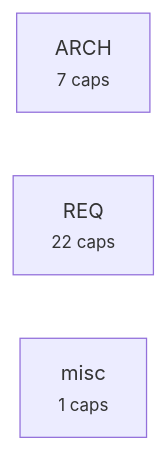
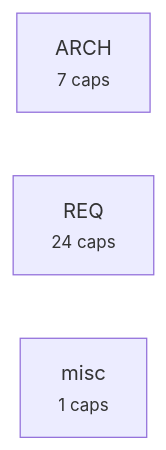
One commit to alxmax/excalidraw-diagram changed the third of 4 diagrams in requirements/_map.md. Above: the diagram before and after it, drawn with Mermaid. The commit also changed other lines of this file and 26 other files, not shown here.

````diff
--- a/requirements/_map.md
+++ b/requirements/_map.md
@@ -114,6 +116,6 @@
 ```mermaid
 graph LR
   a_ARCH["ARCH<br><small>7 caps</small>"]
-  a_REQ["REQ<br><small>22 caps</small>"]
+  a_REQ["REQ<br><small>24 caps</small>"]
   a_misc["misc<br><small>1 caps</small>"]
 ```
````
